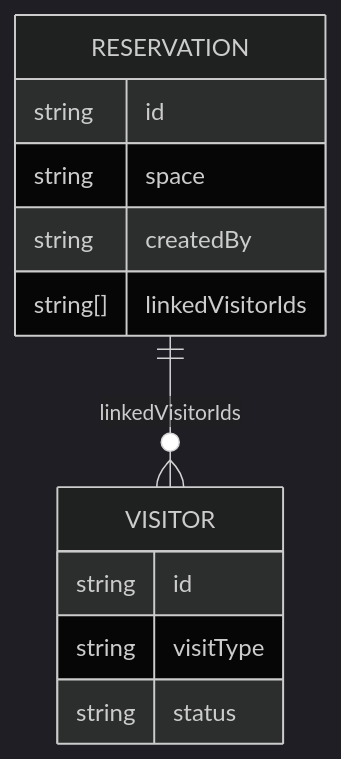
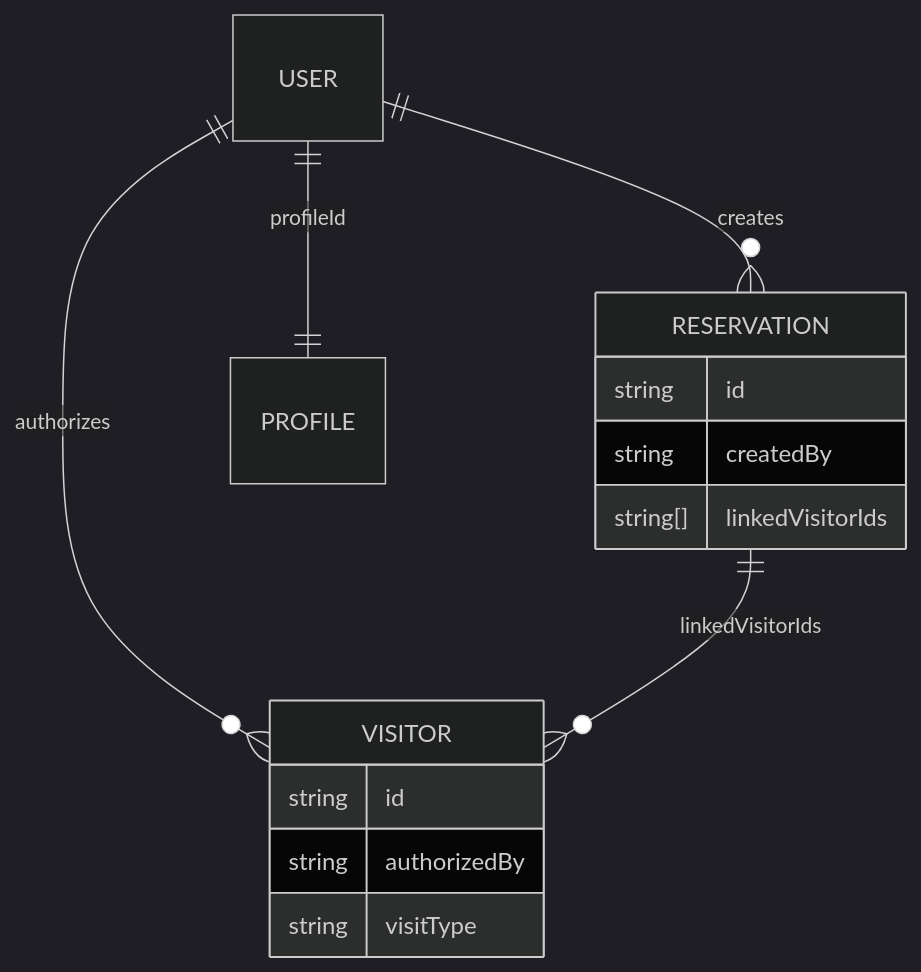
One commit to vyzin-app/vyzin changed the third of 6 diagrams in docs/CASOS_DE_USO.md. Above: the diagram before and after it, drawn with Mermaid (dark theme). The commit also changed other lines of this file and 9 other files, not shown here.

````diff
--- a/docs/CASOS_DE_USO.md
+++ b/docs/CASOS_DE_USO.md
@@ -174,15 +138,17 @@
 ```mermaid
 erDiagram
-  RESERVATION ||--o{ VISITOR : "linkedVisitorIds"
+  USER ||--o{ RESERVATION : creates
+  USER ||--o{ VISITOR : authorizes
+  RESERVATION ||--o{ VISITOR : linkedVisitorIds
+  USER ||--|| PROFILE : profileId
   RESERVATION {
     string id
-    string space
     string createdBy
     string[] linkedVisitorIds
   }
   VISITOR {
     string id
+    string authorizedBy
     string visitType
-    string status
   }
 ```
````
